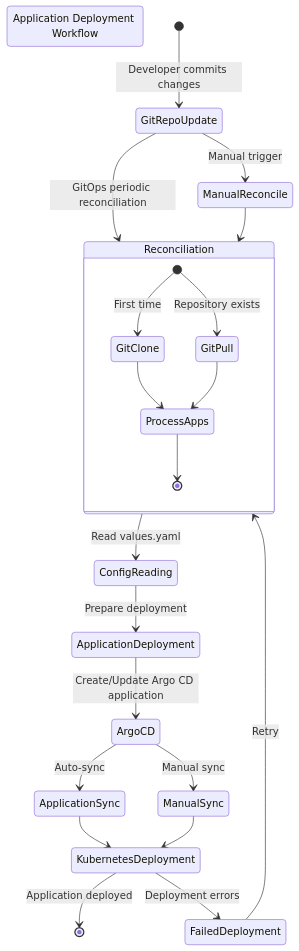
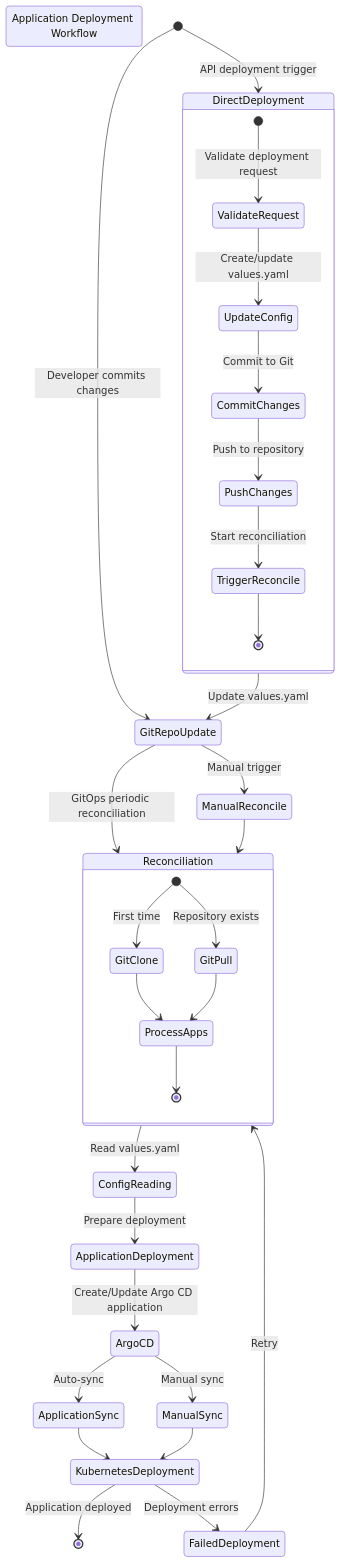
One commit to lloydchang/tvp-k8s changed the tenth of 11 diagrams in README.md. Above: the diagram before and after it, drawn with Mermaid. The commit also changed other lines of this file and 4 other files, not shown here.

````diff
--- a/README.md
+++ b/README.md
@@ -875,32 +895,43 @@
 ```mermaid
 stateDiagram-v2
     title: Application Deployment Workflow
     [*] --> GitRepoUpdate: Developer commits changes
     
     GitRepoUpdate --> Reconciliation: GitOps periodic reconciliation
     GitRepoUpdate --> ManualReconcile: Manual trigger
+    [*] --> DirectDeployment: API deployment trigger
     
     ManualReconcile --> Reconciliation
+    DirectDeployment --> GitRepoUpdate: Update values.yaml
     
     Reconciliation --> ConfigReading: Read values.yaml
     ConfigReading --> ApplicationDeployment: Prepare deployment
     ApplicationDeployment --> ArgoCD: Create/Update Argo CD application
     
     ArgoCD --> ApplicationSync: Auto-sync
     ArgoCD --> ManualSync: Manual sync
     
     ApplicationSync --> KubernetesDeployment
     ManualSync --> KubernetesDeployment
     
     KubernetesDeployment --> [*]: Application deployed
     KubernetesDeployment --> FailedDeployment: Deployment errors
     FailedDeployment --> Reconciliation: Retry
     
     state Reconciliation {
         [*] --> GitClone: First time
         [*] --> GitPull: Repository exists
         GitClone --> ProcessApps
         GitPull --> ProcessApps
         ProcessApps --> [*]
     }
+    
+    state DirectDeployment {
+        [*] --> ValidateRequest: Validate deployment request
+        ValidateRequest --> UpdateConfig: Create/update values.yaml
+        UpdateConfig --> CommitChanges: Commit to Git
+        CommitChanges --> PushChanges: Push to repository
+        PushChanges --> TriggerReconcile: Start reconciliation
+        TriggerReconcile --> [*]
+    }
 ```
````
